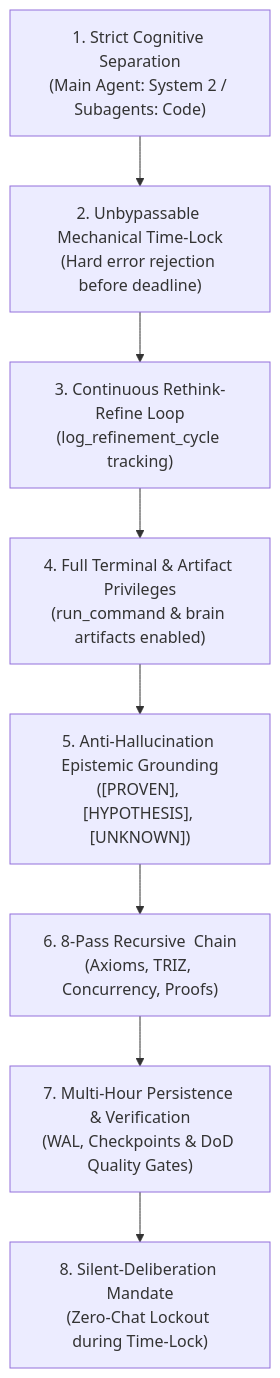
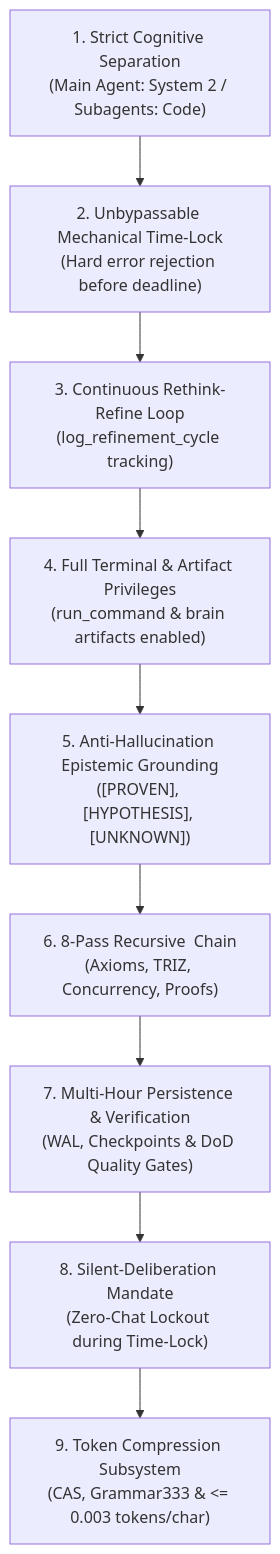
Before and after one commit to REX-codebase/fable-mode: the first of 2 diagrams in skills/fable-mode/SKILL.md, drawn with Mermaid. The commit also changed other lines of this file and 4 other files, not shown here.

Commit message:
feat(compression): implement Fable-Mode Token Compression Subsystem (0.003 tokens/character invariant)

````diff
--- a/skills/fable-mode/SKILL.md
+++ b/skills/fable-mode/SKILL.md
@@ -79,10 +80,11 @@
 ```mermaid
 graph TD
     P1["1. Strict Cognitive Separation<br/>(Main Agent: System 2 / Subagents: Code)"] --> P2["2. Unbypassable Mechanical Time-Lock<br/>(Hard error rejection before deadline)"]
     P2 --> P3["3. Continuous Rethink-Refine Loop<br/>(log_refinement_cycle tracking)"]
     P3 --> P4["4. Full Terminal & Artifact Privileges<br/>(run_command & brain artifacts enabled)"]
     P4 --> P5["5. Anti-Hallucination Epistemic Grounding<br/>([PROVEN], [HYPOTHESIS], [UNKNOWN])"]
     P5 --> P6["6. 8-Pass Recursive <thinking> Chain<br/>(Axioms, TRIZ, Concurrency, Proofs)"]
     P6 --> P7["7. Multi-Hour Persistence & Verification<br/>(WAL, Checkpoints & DoD Quality Gates)"]
     P7 --> P8["8. Silent-Deliberation Mandate<br/>(Zero-Chat Lockout during Time-Lock)"]
+    P8 --> P9["9. Token Compression Subsystem<br/>(CAS, Grammar333 & <= 0.003 tokens/char)"]
 ```
````
